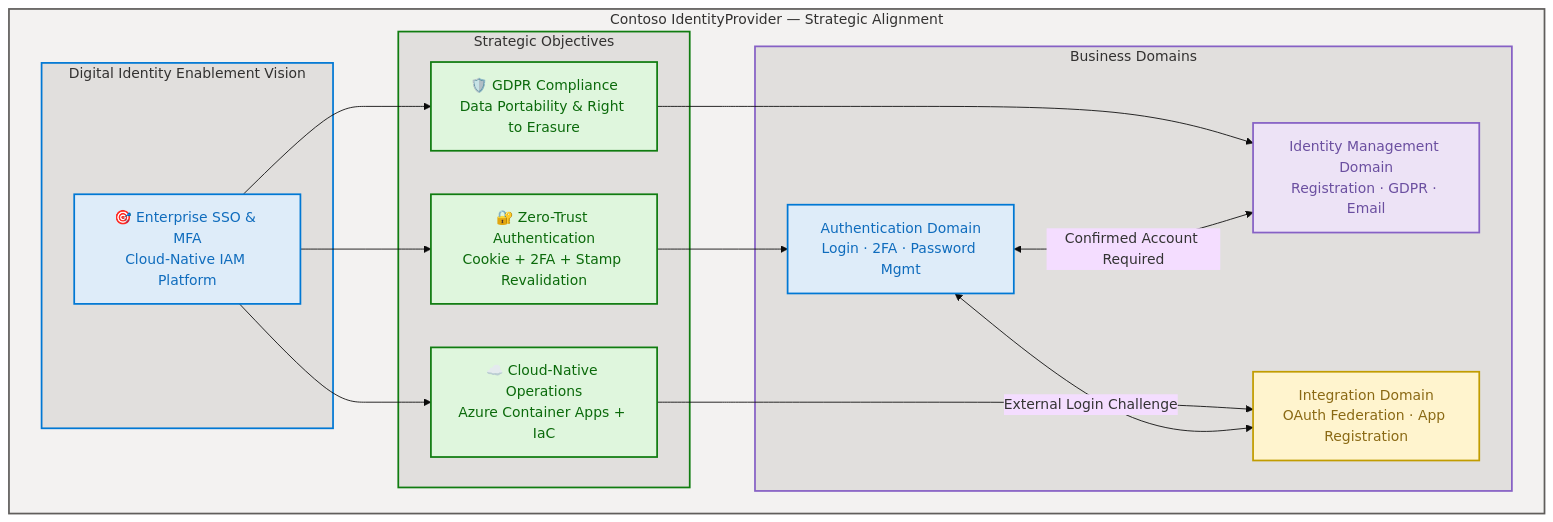
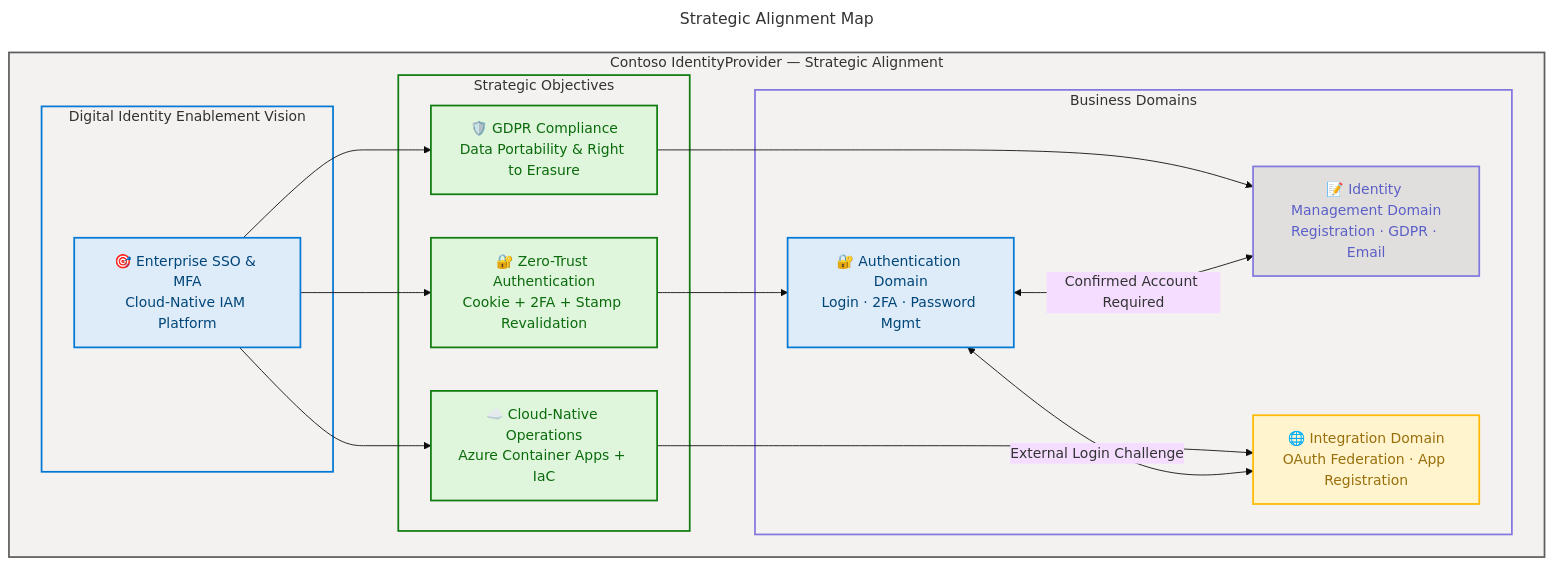
One commit to Evilazaro/IdentityProvider changed the first of 11 diagrams in docs/architecture/business-architecture.md. Above: the diagram before and after it, drawn with Mermaid. The commit also changed other lines of this file, not shown here.

Commit message:
Enhance strategic alignment map with improved layout, accessibility features, and semantic styling for better clarity in business architecture documentation

````diff
--- a/docs/architecture/business-architecture.md
+++ b/docs/architecture/business-architecture.md
@@ -15,52 +15,71 @@
 ```mermaid
 ---
+title: Strategic Alignment Map
 config:
   theme: base
   look: classic
   layout: dagre
   themeVariables:
     fontSize: '16px'
+  flowchart:
+    htmlLabels: true
 ---
 flowchart TB
     accTitle: Strategic Alignment Map — Contoso IdentityProvider
     accDescr: Maps strategic objectives to the three business domains showing alignment with Digital Identity Enablement vision
+
+    %% ═══════════════════════════════════════════════════════════════
+    %% AZURE / FLUENT ARCHITECTURE PATTERN v1.1
+    %% Semantic + Structural + Font + Accessibility Governance
+    %% ═══════════════════════════════════════════════════════════════
+    %% PHASE 1 — STRUCTURAL: Direction explicit, nesting ≤ 3
+    %% PHASE 2 — SEMANTIC: Max 5 classes, neutral-first
+    %% PHASE 3 — FONT: Dark text on light backgrounds ≥ 4.5:1
+    %% PHASE 4 — ACCESSIBILITY: accTitle + accDescr + icons on all nodes
+    %% PHASE 5 — STANDARD: Governance block + classDefs centralized
+    %% ═══════════════════════════════════════════════════════════════
 
     subgraph main["Contoso IdentityProvider — Strategic Alignment"]
         subgraph vision["Digital Identity Enablement Vision"]
             V1["🎯 Enterprise SSO & MFA<br/>Cloud-Native IAM Platform"]
         end
 
         subgraph strategies["Strategic Objectives"]
             SO1["🔐 Zero-Trust Authentication<br/>Cookie + 2FA + Stamp Revalidation"]
             SO2["🛡️ GDPR Compliance<br/>Data Portability & Right to Erasure"]
             SO3["☁️ Cloud-Native Operations<br/>Azure Container Apps + IaC"]
         end
 
         subgraph domains["Business Domains"]
-            D1["Authentication Domain<br/>Login · 2FA · Password Mgmt"]
-            D2["Identity Management Domain<br/>Registration · GDPR · Email"]
-            D3["Integration Domain<br/>OAuth Federation · App Registration"]
+            D1["🔐 Authentication Domain<br/>Login · 2FA · Password Mgmt"]
+            D2["📝 Identity Management Domain<br/>Registration · GDPR · Email"]
+            D3["🌐 Integration Domain<br/>OAuth Federation · App Registration"]
         end
     end
 
     V1 --> SO1
     V1 --> SO2
     V1 --> SO3
     SO1 --> D1
     SO2 --> D2
     SO3 --> D3
     D1 <-->|Confirmed Account Required| D2
     D1 <-->|External Login Challenge| D3
 
+    %% Semantic classDefs
+    classDef core fill:#DEECF9,stroke:#0078D4,stroke-width:2px,color:#004578
+    classDef success fill:#DFF6DD,stroke:#107C10,stroke-width:2px,color:#0B6A0B
+    classDef warning fill:#FFF4CE,stroke:#FFB900,stroke-width:2px,color:#986F0B
+    classDef data fill:#E1DFDD,stroke:#8378DE,stroke-width:2px,color:#5B5FC7
+
+    class V1,D1 core
+    class SO1,SO2,SO3 success
+    class D2 data
+    class D3 warning
+
+    %% Subgraph styling (style directive required for subgraphs)
     style main fill:#F3F2F1,stroke:#605E5C,stroke-width:2px,color:#323130
-    style vision fill:#E1DFDD,stroke:#0078D4,stroke-width:2px,color:#323130
-    style strategies fill:#E1DFDD,stroke:#107C10,stroke-width:2px,color:#323130
-    style domains fill:#E1DFDD,stroke:#8661C5,stroke-width:2px,color:#323130
-    style V1 fill:#DEECF9,stroke:#0078D4,stroke-width:2px,color:#0F6CBD
-    style SO1 fill:#DFF6DD,stroke:#107C10,stroke-width:2px,color:#0B6A0B
-    style SO2 fill:#DFF6DD,stroke:#107C10,stroke-width:2px,color:#0B6A0B
-    style SO3 fill:#DFF6DD,stroke:#107C10,stroke-width:2px,color:#0B6A0B
-    style D1 fill:#DEECF9,stroke:#0078D4,stroke-width:2px,color:#0F6CBD
-    style D2 fill:#EDE3F6,stroke:#8661C5,stroke-width:2px,color:#6B4FA0
-    style D3 fill:#FFF4CE,stroke:#C19C00,stroke-width:2px,color:#8A6914
+    style vision fill:#F3F2F1,stroke:#0078D4,stroke-width:2px,color:#323130
+    style strategies fill:#F3F2F1,stroke:#107C10,stroke-width:2px,color:#323130
+    style domains fill:#F3F2F1,stroke:#8378DE,stroke-width:2px,color:#323130
 ```
````
